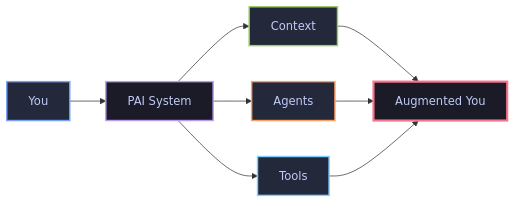
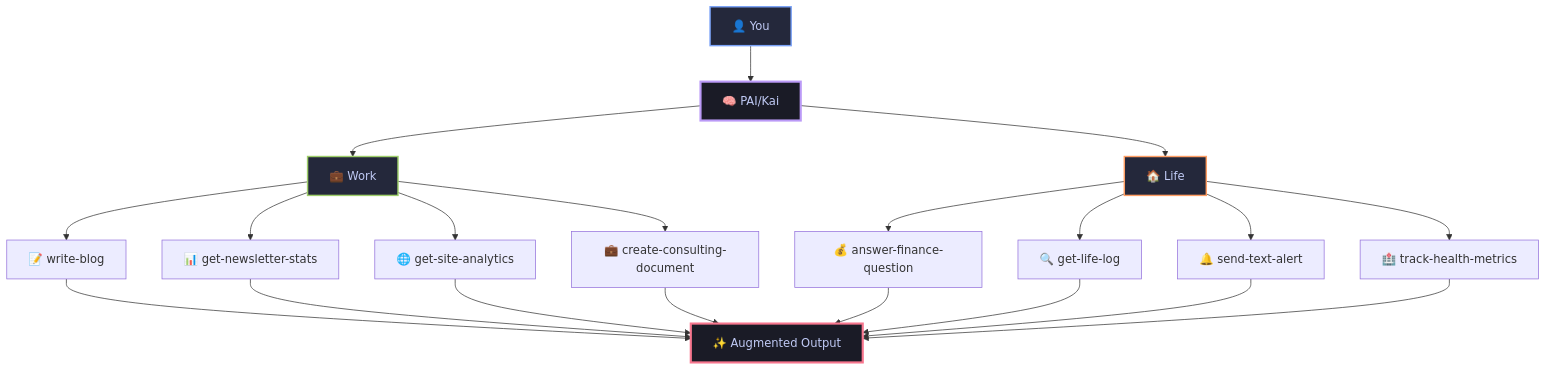
The diagram in README.md (Smartagent-so/Personal_AI_Infrastructure), drawn with Mermaid before and after one commit. The commit also changed other lines of this file, not shown here.

Commit message:
Update mermaid diagram with real PAI commands and make logo bigger

````diff
--- a/README.md
+++ b/README.md
@@ -87,16 +87,32 @@
 ```mermaid
-graph LR
-    A[You] --> B[PAI System]
-    B --> C[Context]
-    B --> D[Agents]
-    B --> E[Tools]
-    C --> F[Augmented You]
-    D --> F
-    E --> F
-    style A fill:#24283b,stroke:#7aa2f7,stroke-width:2px,color:#c0caf5
-    style B fill:#1a1b26,stroke:#bb9af7,stroke-width:2px,color:#c0caf5
-    style C fill:#24283b,stroke:#9ece6a,stroke-width:2px,color:#c0caf5
-    style D fill:#24283b,stroke:#ff9e64,stroke-width:2px,color:#c0caf5
-    style E fill:#24283b,stroke:#7dcfff,stroke-width:2px,color:#c0caf5
-    style F fill:#1a1b26,stroke:#f7768e,stroke-width:3px,color:#c0caf5
+graph TB
+    You[👤 You] --> PAI[🧠 PAI/Kai]
+    
+    PAI --> Work[💼 Work]
+    PAI --> Life[🏠 Life]
+    
+    Work --> Blog[📝 write-blog]
+    Work --> News[📊 get-newsletter-stats]
+    Work --> Site[🌐 get-site-analytics]
+    Work --> Consult[💼 create-consulting-document]
+    
+    Life --> Finance[💰 answer-finance-question]
+    Life --> Memory[🔍 get-life-log]
+    Life --> Alert[🔔 send-text-alert]
+    Life --> Health[🏥 track-health-metrics]
+    
+    Blog --> Output[✨ Augmented Output]
+    News --> Output
+    Site --> Output
+    Consult --> Output
+    Finance --> Output
+    Memory --> Output
+    Alert --> Output
+    Health --> Output
+    
+    style You fill:#24283b,stroke:#7aa2f7,stroke-width:2px,color:#c0caf5
+    style PAI fill:#1a1b26,stroke:#bb9af7,stroke-width:3px,color:#c0caf5
+    style Work fill:#24283b,stroke:#9ece6a,stroke-width:2px,color:#c0caf5
+    style Life fill:#24283b,stroke:#ff9e64,stroke-width:2px,color:#c0caf5
+    style Output fill:#1a1b26,stroke:#f7768e,stroke-width:3px,color:#c0caf5
 ```
````
